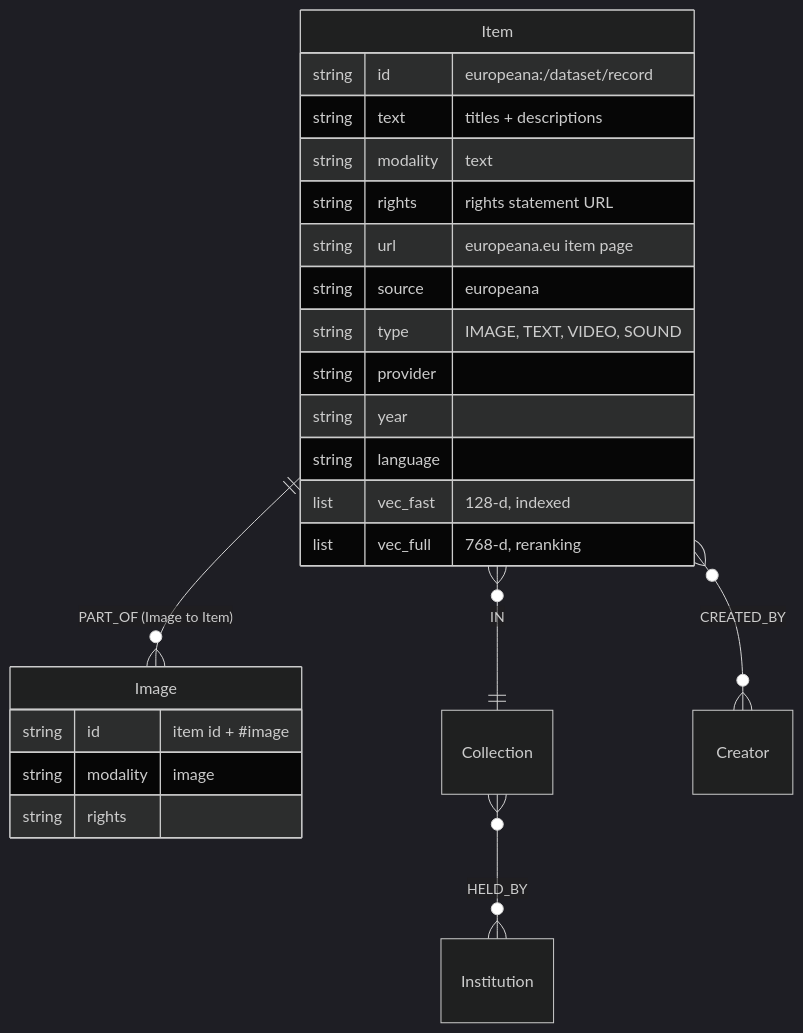
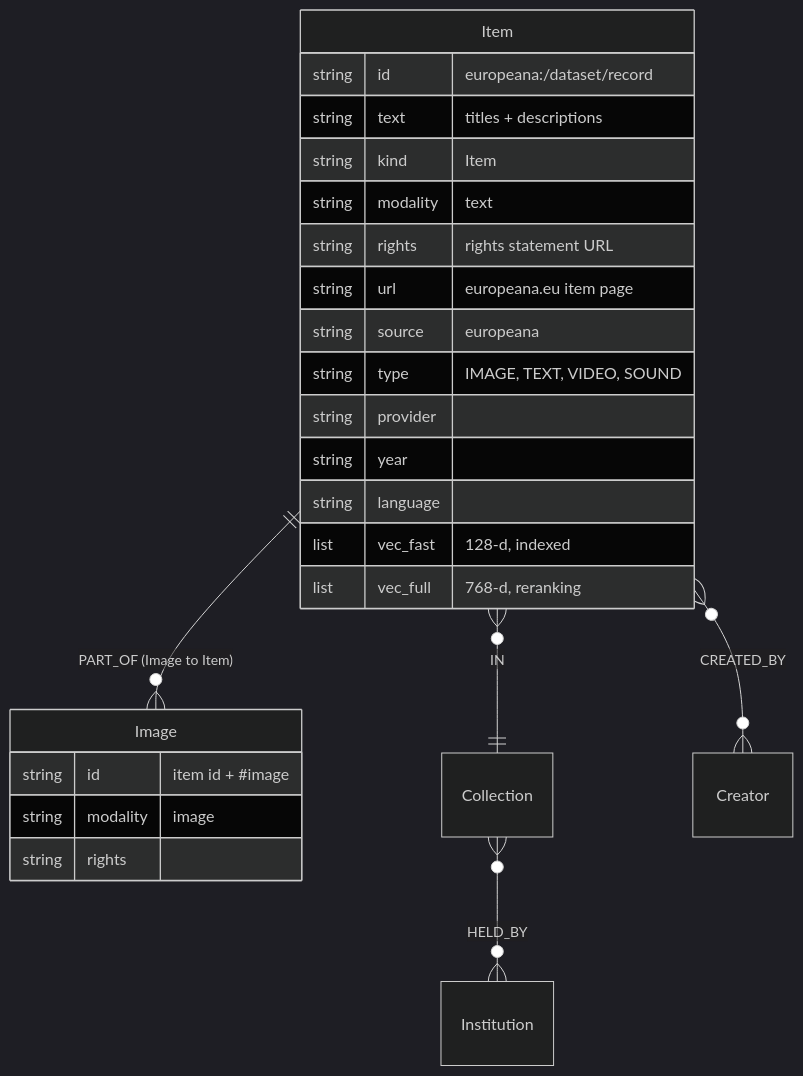
The sixth of 6 diagrams in docs/architecture.md (teamworxAI/campus-ai), drawn with Mermaid (dark theme) before and after one commit. The commit also changed other lines of this file and 2 other files, not shown here.

````diff
--- a/docs/architecture.md
+++ b/docs/architecture.md
@@ -217,26 +218,27 @@
 ```mermaid
 erDiagram
     Item ||--o{ Image : "PART_OF (Image to Item)"
     Item }o--|| Collection : IN
     Collection }o--o{ Institution : HELD_BY
     Item }o--o{ Creator : CREATED_BY
     Item {
         string id "europeana:/dataset/record"
         string text "titles + descriptions"
+        string kind "Item"
         string modality "text"
         string rights "rights statement URL"
         string url "europeana.eu item page"
         string source "europeana"
         string type "IMAGE, TEXT, VIDEO, SOUND"
         string provider
         string year
         string language
         list vec_fast "128-d, indexed"
         list vec_full "768-d, reranking"
     }
     Image {
         string id "item id + #image"
         string modality "image"
         string rights
     }
 ```
````
